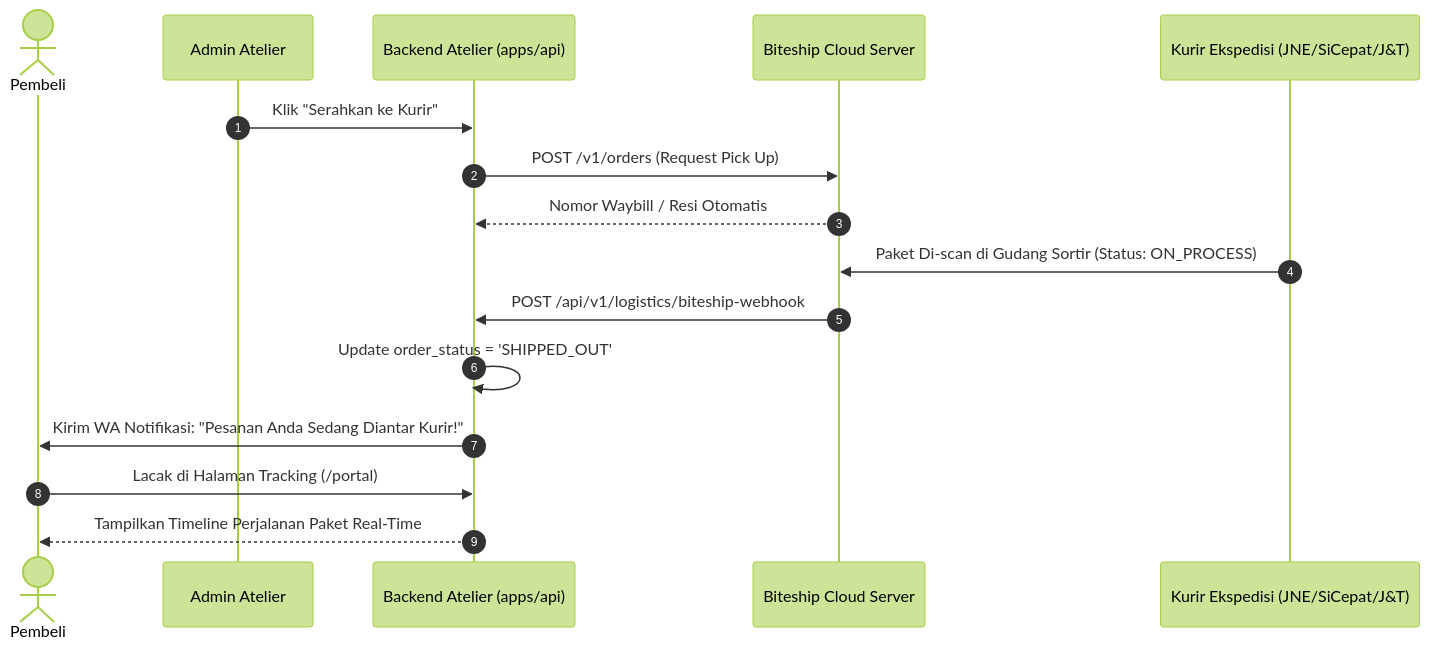
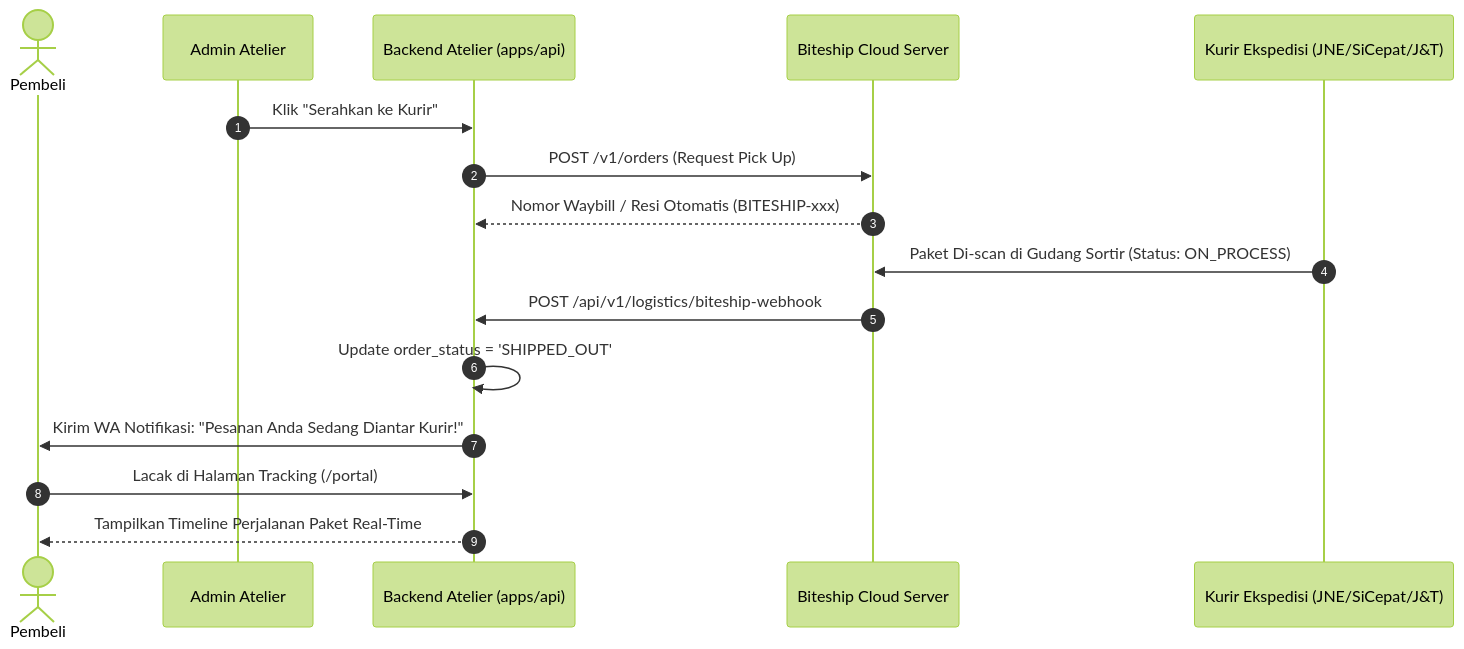
One commit to AhmadArifff/E-Comerce-BucketFlowers changed the diagram in DOC-JASAKIRIM.md. Above: the diagram before and after it, drawn with Mermaid (forest theme). The commit also changed other lines of this file and 1 other file, not shown here.

````diff
--- a/DOC-JASAKIRIM.md
+++ b/DOC-JASAKIRIM.md
@@ -87,19 +153,19 @@
 ```mermaid
 sequenceDiagram
     autonumber
     actor Customer as Pembeli
     participant Admin as Admin Atelier
     participant API as Backend Atelier (apps/api)
     participant Biteship as Biteship Cloud Server
     participant Courier as Kurir Ekspedisi (JNE/SiCepat/J&T)
 
     Admin->>API: Klik "Serahkan ke Kurir"
     API->>Biteship: POST /v1/orders (Request Pick Up)
-    Biteship-->>API: Nomor Waybill / Resi Otomatis
+    Biteship-->>API: Nomor Waybill / Resi Otomatis (BITESHIP-xxx)
     Courier->>Biteship: Paket Di-scan di Gudang Sortir (Status: ON_PROCESS)
     Biteship->>API: POST /api/v1/logistics/biteship-webhook
     API->>API: Update order_status = 'SHIPPED_OUT'
     API->>Customer: Kirim WA Notifikasi: "Pesanan Anda Sedang Diantar Kurir!"
     Customer->>API: Lacak di Halaman Tracking (/portal)
     API-->>Customer: Tampilkan Timeline Perjalanan Paket Real-Time
 ```
````
